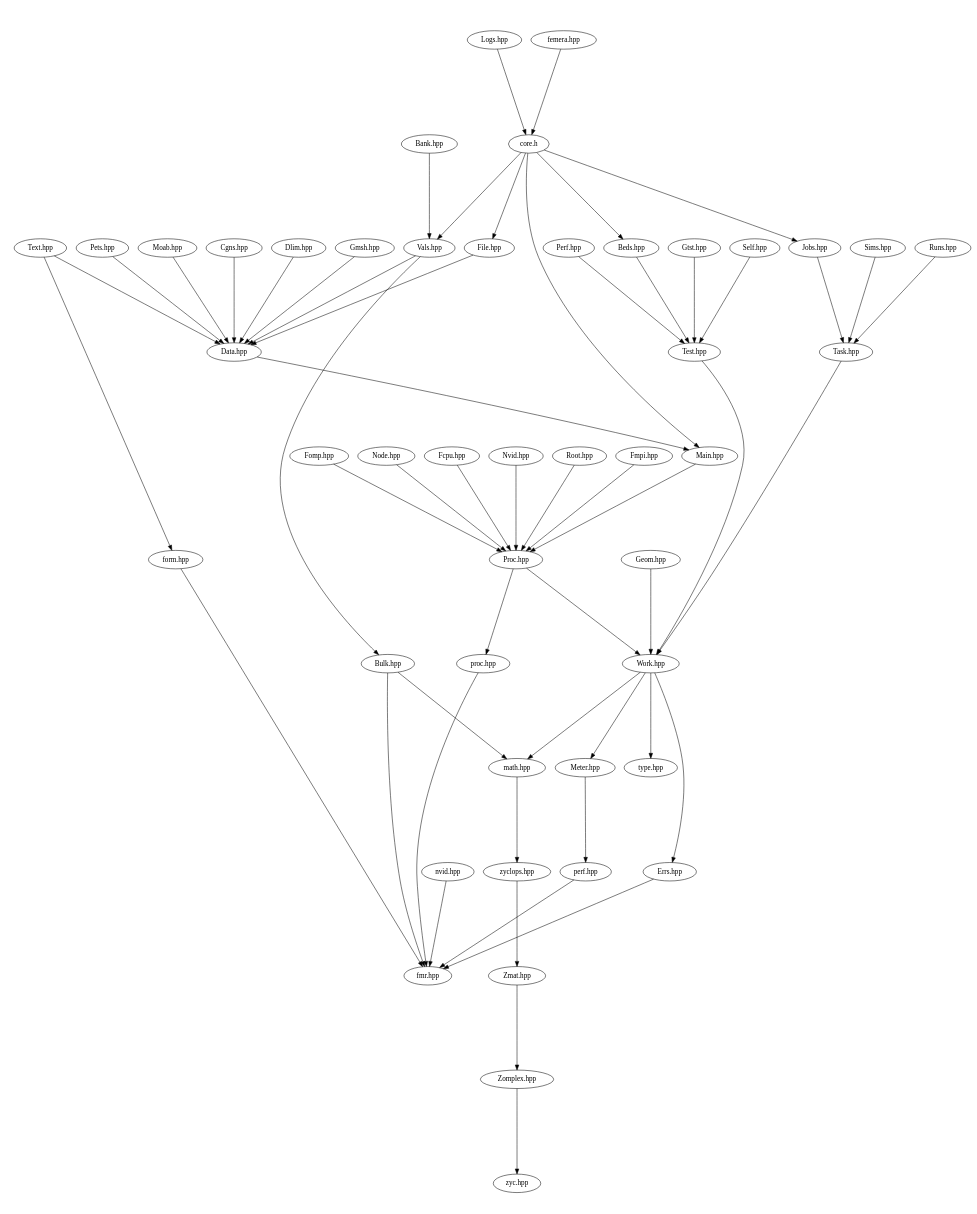
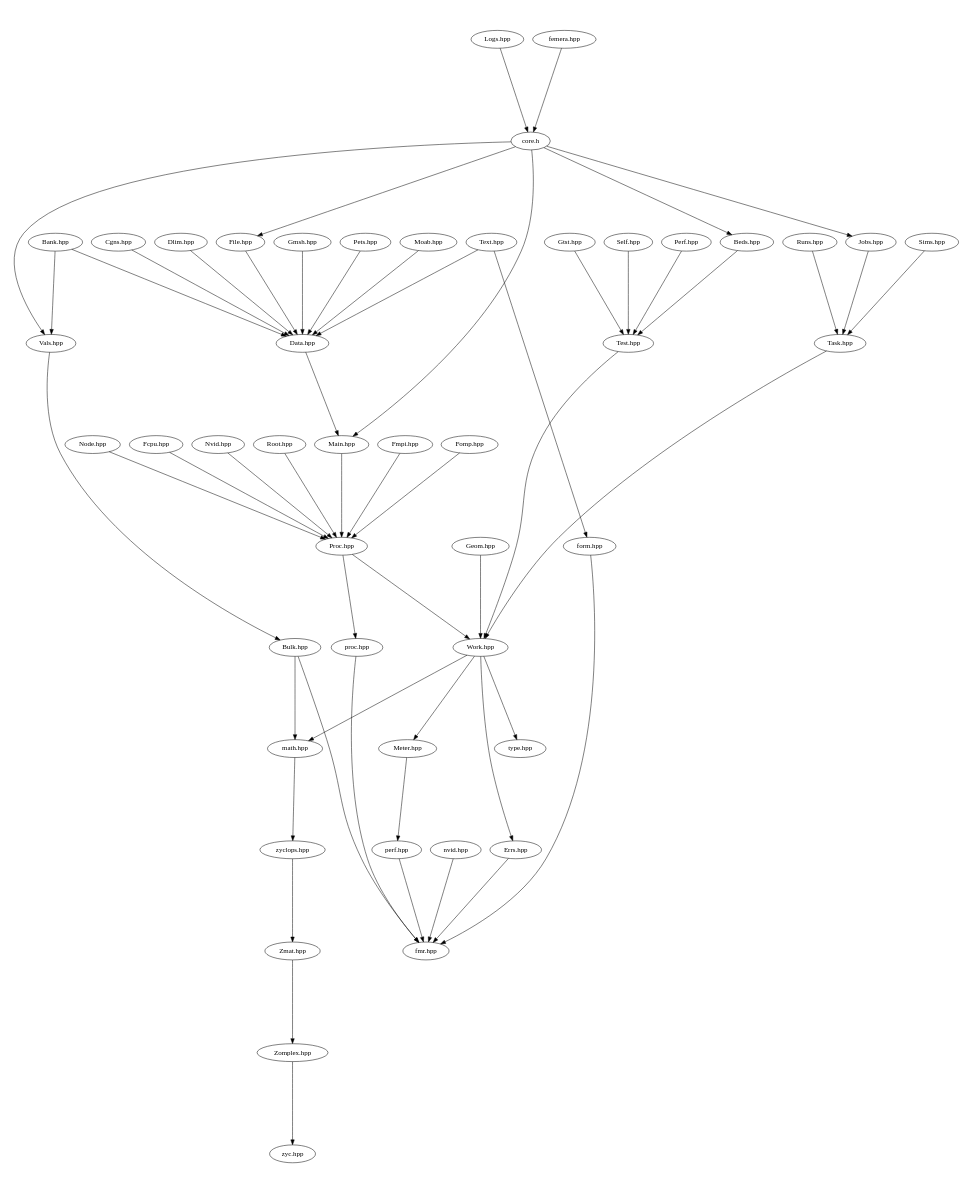
One commit to waggyz/femera-mini-app changed the diagram in src/docs/src-headers.dot. Above: the diagram before and after it, drawn with Graphviz. The commit also changed 15 other files, not shown here.

```diff
--- a/src/docs/src-headers.dot
+++ b/src/docs/src-headers.dot
@@ -1,62 +1,62 @@
 digraph "source tree" {
     overlap=scale;
     size="8,10";
     ratio="fill";
     fontsize="16";
     fontname="Helvetica";
 	clusterrank="local";
 	"Zmat.hpp" -> "Zomplex.hpp"
 	"Meter.hpp" -> "perf.hpp"
 	"Work.hpp" -> "Errs.hpp"
 	"Proc.hpp" -> "proc.hpp"
 	"Nvid.hpp" -> "Proc.hpp"
 	"Root.hpp" -> "Proc.hpp"
 	"Perf.hpp" -> "Test.hpp"
 	"core.h" -> "Main.hpp"
 	"nvid.hpp" -> "fmr.hpp"
 	"perf.hpp" -> "fmr.hpp"
 	"Work.hpp" -> "math.hpp"
-	"Vals.hpp" -> "Data.hpp"
 	"Bulk.hpp" -> "math.hpp"
 	"Fmpi.hpp" -> "Proc.hpp"
 	"Test.hpp" -> "Work.hpp"
 	"Fomp.hpp" -> "Proc.hpp"
 	"Data.hpp" -> "Main.hpp"
 	"zyclops.hpp" -> "Zmat.hpp"
 	"Text.hpp" -> "form.hpp"
 	"core.h" -> "Beds.hpp"
 	"Errs.hpp" -> "fmr.hpp"
 	"Task.hpp" -> "Work.hpp"
 	"Gmsh.hpp" -> "Data.hpp"
 	"Node.hpp" -> "Proc.hpp"
 	"Geom.hpp" -> "Work.hpp"
 	"File.hpp" -> "Data.hpp"
 	"Vals.hpp" -> "Bulk.hpp"
 	"core.h" -> "Vals.hpp"
 	"Beds.hpp" -> "Test.hpp"
 	"form.hpp" -> "fmr.hpp"
 	"Gtst.hpp" -> "Test.hpp"
 	"Work.hpp" -> "Meter.hpp"
 	"Runs.hpp" -> "Task.hpp"
 	"proc.hpp" -> "fmr.hpp"
 	"math.hpp" -> "zyclops.hpp"
 	"Pets.hpp" -> "Data.hpp"
 	"Text.hpp" -> "Data.hpp"
 	"Logs.hpp" -> "core.h"
 	"Work.hpp" -> "type.hpp"
 	"Fcpu.hpp" -> "Proc.hpp"
 	"Moab.hpp" -> "Data.hpp"
 	"Cgns.hpp" -> "Data.hpp"
 	"core.h" -> "File.hpp"
 	"Bulk.hpp" -> "fmr.hpp"
 	"Self.hpp" -> "Test.hpp"
 	"core.h" -> "Jobs.hpp"
 	"Bank.hpp" -> "Vals.hpp"
 	"Zomplex.hpp" -> "zyc.hpp"
 	"Proc.hpp" -> "Work.hpp"
 	"Sims.hpp" -> "Task.hpp"
 	"femera.hpp" -> "core.h"
+	"Bank.hpp" -> "Data.hpp"
 	"Dlim.hpp" -> "Data.hpp"
 	"Main.hpp" -> "Proc.hpp"
 	"Jobs.hpp" -> "Task.hpp"
 }
```
